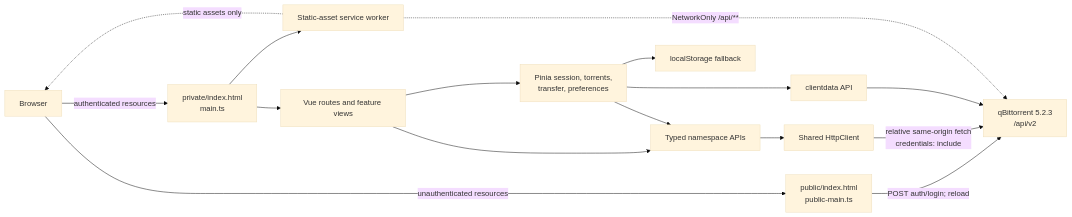
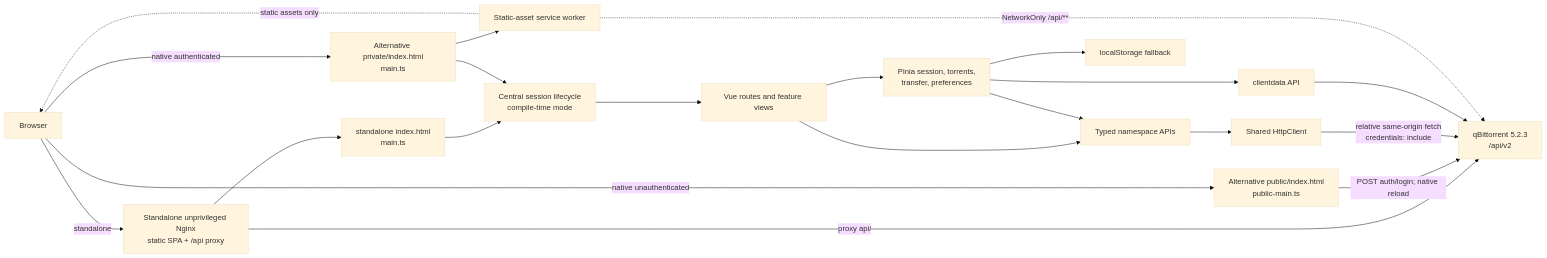
The diagram in docs/architecture.md (dotSML/bitwake), drawn with Mermaid (base theme) before and after one commit. The commit also changed other lines of this file and 79 other files, not shown here.

````diff
--- a/docs/architecture.md
+++ b/docs/architecture.md
@@ -11,30 +11,38 @@
 ```mermaid
 flowchart LR
   B[Browser]
-  PUB[public/index.html<br/>public-main.ts]
-  PRIV[private/index.html<br/>main.ts]
+  NGINX[Standalone unprivileged Nginx<br/>static SPA + /api proxy]
+  SPA[standalone index.html<br/>main.ts]
+  PUB[Alternative public/index.html<br/>public-main.ts]
+  PRIV[Alternative private/index.html<br/>main.ts]
   UI[Vue routes and feature views]
+  LIFE[Central session lifecycle<br/>compile-time mode]
   PINIA[Pinia session, torrents,<br/>transfer, preferences]
   API[Typed namespace APIs]
   HTTP[Shared HttpClient]
   QB[qBittorrent 5.2.3<br/>/api/v2]
   CLIENTDATA[clientdata API]
   LOCAL[localStorage fallback]
   SW[Static-asset service worker]
 
-  B -->|unauthenticated resources| PUB
-  B -->|authenticated resources| PRIV
-  PUB -->|POST auth/login; reload| QB
-  PRIV --> UI
+  B -->|standalone| NGINX
+  NGINX --> SPA
+  NGINX -->|proxy api/| QB
+  B -->|native unauthenticated| PUB
+  B -->|native authenticated| PRIV
+  PUB -->|POST auth/login; native reload| QB
+  SPA --> LIFE
+  PRIV --> LIFE
+  LIFE --> UI
   UI --> PINIA
   UI --> API
   PINIA --> API
   API --> HTTP
   HTTP -->|relative same-origin fetch<br/>credentials: include| QB
   PINIA --> CLIENTDATA
   PINIA --> LOCAL
   CLIENTDATA --> QB
   PRIV --> SW
   SW -. static assets only .-> B
   SW -. NetworkOnly /api/** .-> QB
 ```
````
